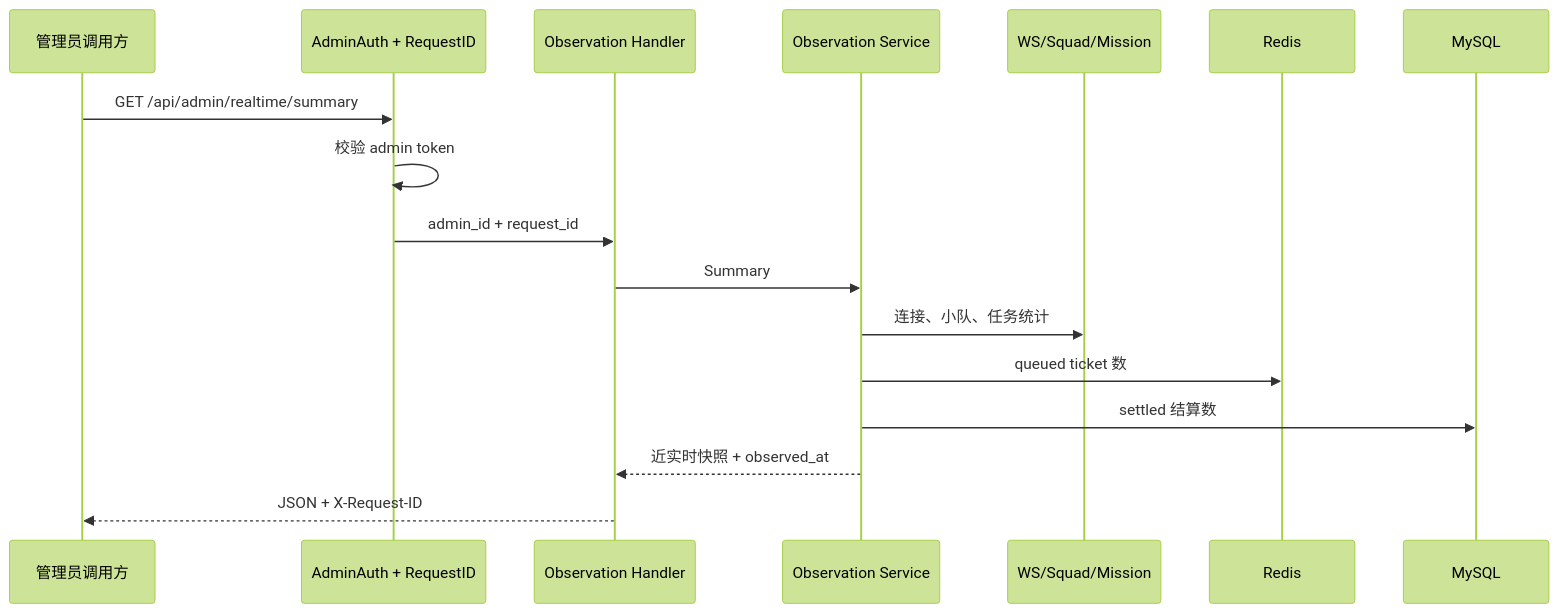
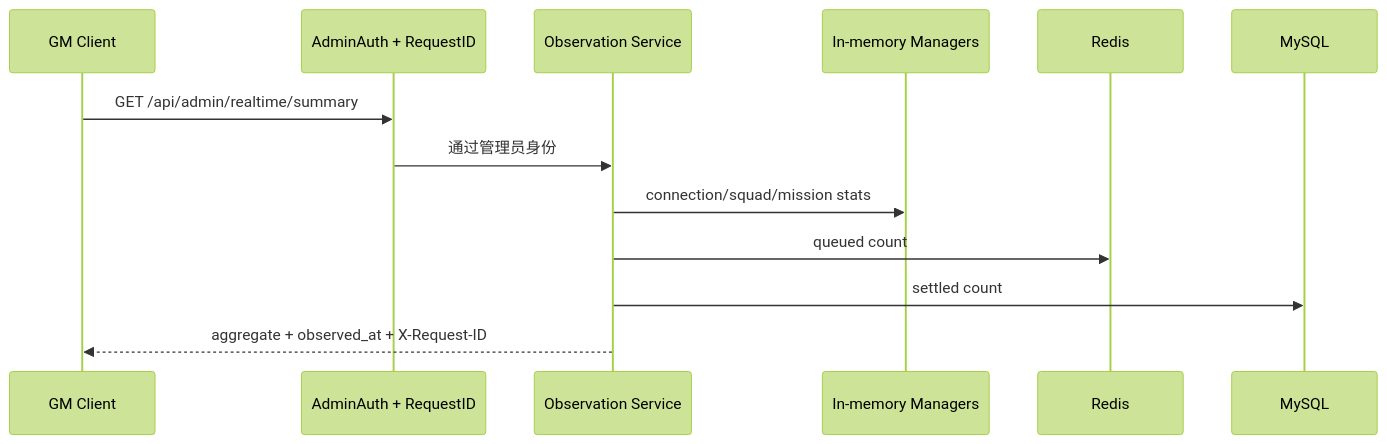
Before and after one commit to lki-H/game-realtime-gm: the sixth of 6 diagrams in docs/data-flow.md, drawn with Mermaid (forest theme). The commit also changed other lines of this file and 22 other files, not shown here.

````diff
--- a/docs/data-flow.md
+++ b/docs/data-flow.md
@@ -217,20 +149,16 @@
 ```mermaid
 sequenceDiagram
-    participant Admin as 管理员调用方
-    participant MW as AdminAuth + RequestID
-    participant Handler as Observation Handler
-    participant Service as Observation Service
-    participant Managers as WS/Squad/Mission
-    participant Redis as Redis
-    participant MySQL as MySQL
+    participant G as GM Client
+    participant A as AdminAuth + RequestID
+    participant O as Observation Service
+    participant Mem as In-memory Managers
+    participant R as Redis
+    participant DB as MySQL
 
-    Admin->>MW: GET /api/admin/realtime/summary
-    MW->>MW: 校验 admin token
-    MW->>Handler: admin_id + request_id
-    Handler->>Service: Summary
-    Service->>Managers: 连接、小队、任务统计
-    Service->>Redis: queued ticket 数
-    Service->>MySQL: settled 结算数
-    Service-->>Handler: 近实时快照 + observed_at
-    Handler-->>Admin: JSON + X-Request-ID
+    G->>A: GET /api/admin/realtime/summary
+    A->>O: 通过管理员身份
+    O->>Mem: connection/squad/mission stats
+    O->>R: queued count
+    O->>DB: settled count
+    O-->>G: aggregate + observed_at + X-Request-ID
 ```
````
